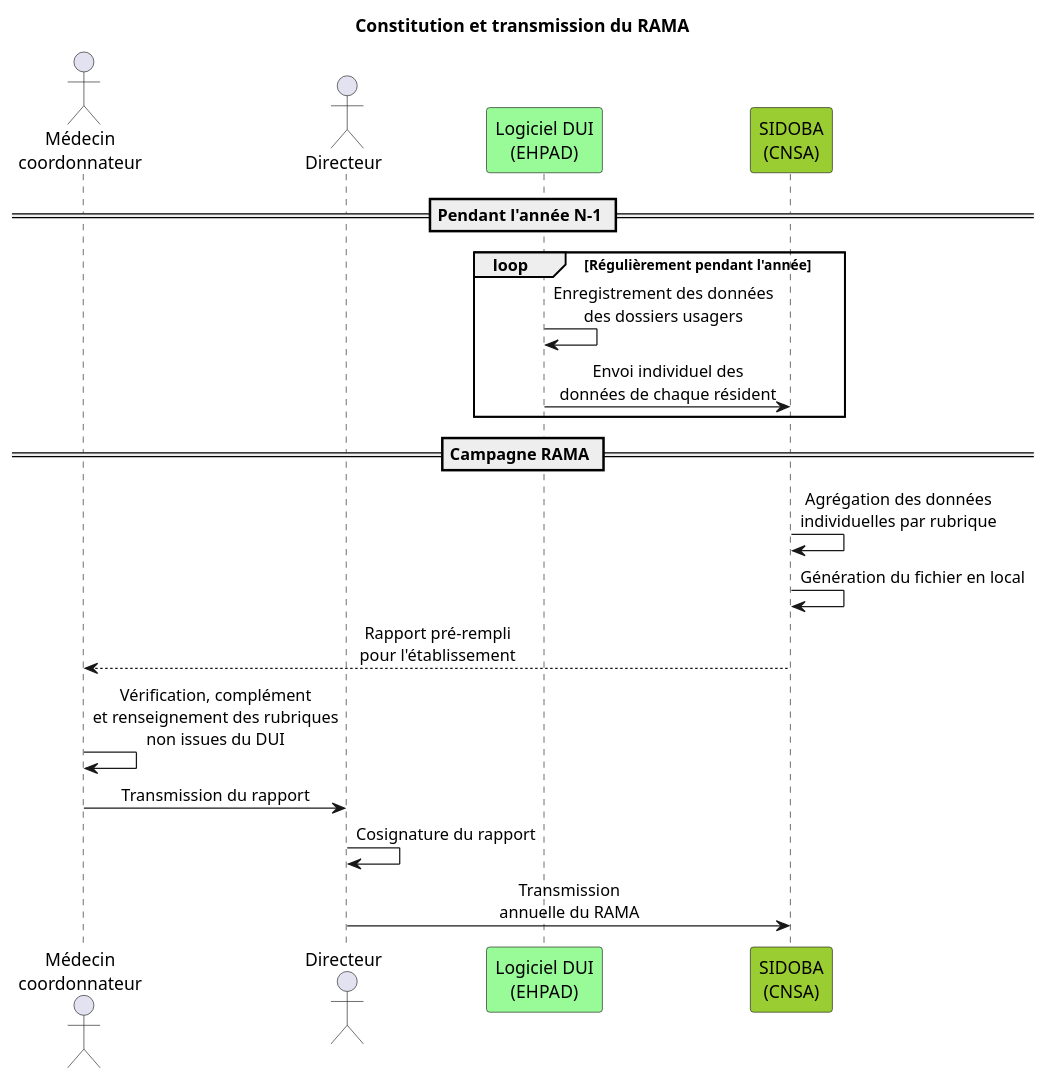
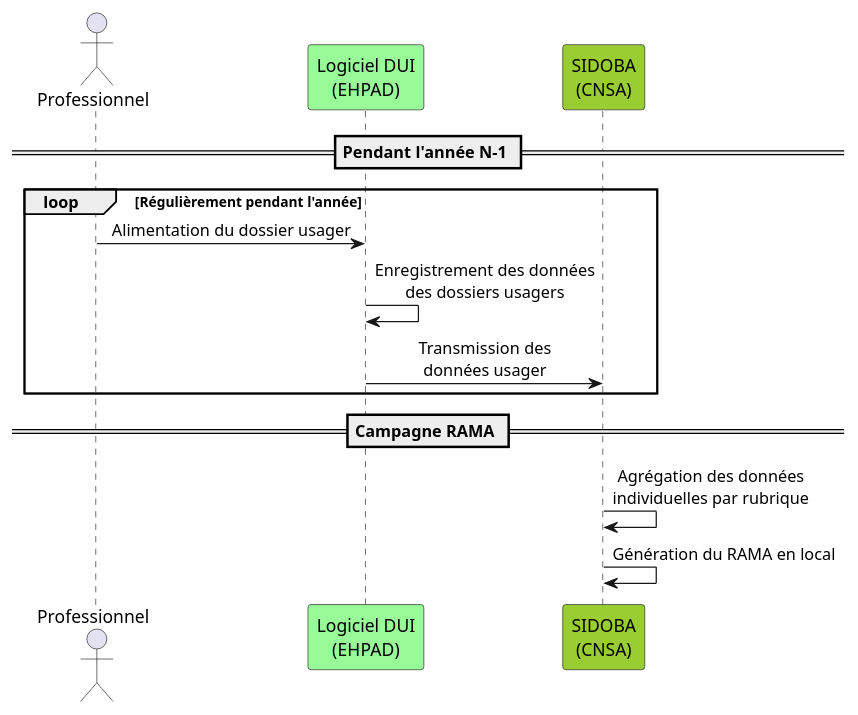
One commit to ansforge/IG-fhir-medicosocial-transfert-donnees-dui changed the diagram in input/images-source/sfe_cas_usage_RAMA.plantuml. Above: the diagram before and after it, drawn with PlantUML. The commit also changed 6 other files, not shown here.

```diff
--- a/input/images-source/sfe_cas_usage_RAMA.plantuml
+++ b/input/images-source/sfe_cas_usage_RAMA.plantuml
@@ -1,26 +1,20 @@
 @startuml
 skinparam shadowing false
 skinparam sequenceMessageAlign center
-title Constitution et transmission du RAMA
-
-actor "Médecin\ncoordonnateur" as MC
-actor "Directeur" as DIR
+ 
+actor "Professionnel" as P
 participant "Logiciel DUI\n(EHPAD)" as DUI #PaleGreen
 participant "SIDOBA\n(CNSA)" as SIDOBA #YellowGreen
-
+ 
 == Pendant l'année N-1 ==
-
+ 
 loop Régulièrement pendant l'année
+    P -> DUI : Alimentation du dossier usager
     DUI -> DUI : Enregistrement des données\ndes dossiers usagers
-    DUI -> SIDOBA : Envoi individuel des\ndonnées de chaque résident
+    DUI -> SIDOBA : Transmission des\ndonnées usager
 end
 == Campagne RAMA ==
 SIDOBA -> SIDOBA : Agrégation des données\nindividuelles par rubrique
-SIDOBA -> SIDOBA : Génération du fichier en local
-SIDOBA --> MC : Rapport pré-rempli\npour l'établissement
-MC -> MC : Vérification, complément\net renseignement des rubriques\nnon issues du DUI
-MC -> DIR : Transmission du rapport
-DIR -> DIR : Cosignature du rapport
-DIR -> SIDOBA : Transmission\nannuelle du RAMA
-
+SIDOBA -> SIDOBA : Génération du RAMA en local
+ 
 @enduml
```
